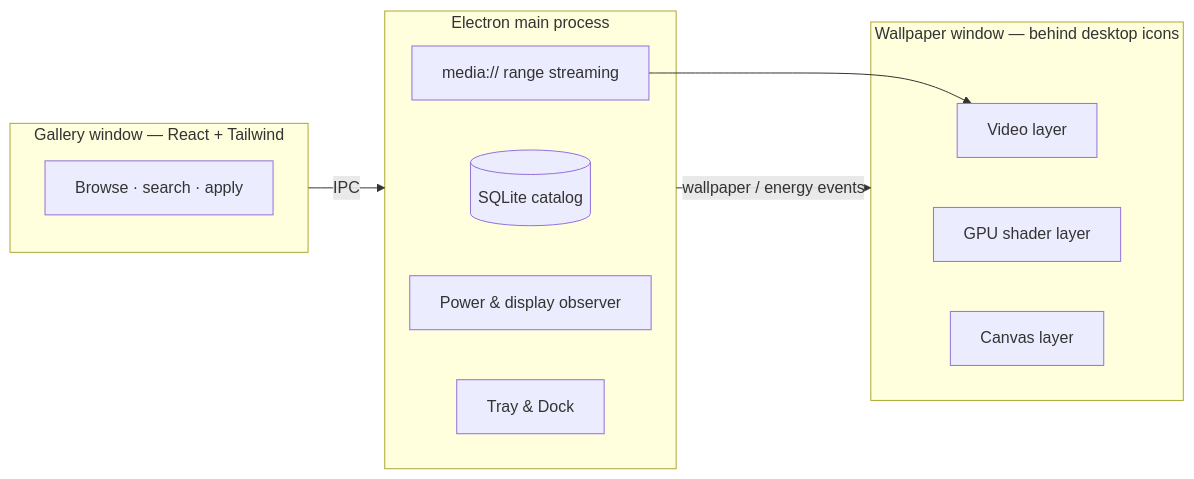
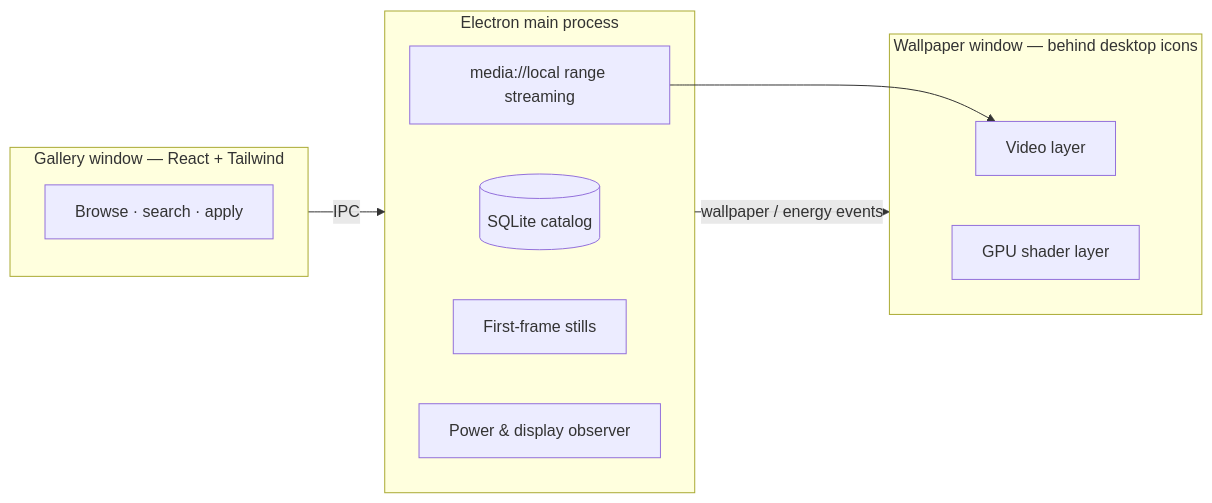
The diagram in README.md (JayDev-27/Vantage), drawn with Mermaid before and after one commit. The commit also changed other lines of this file and 30 other files, not shown here.

First line of the commit message:
feat: v1.3.0 — 2K/4K-only library, first-frame stills, Link Click wallpaper

````diff
--- a/README.md
+++ b/README.md
@@ -172,20 +176,19 @@
 ```mermaid
 flowchart LR
   subgraph Main["Electron main process"]
     DB[(SQLite catalog)]
-    MP["media:// range streaming"]
+    MP["media://local range streaming"]
+    FF[First-frame stills]
     PW[Power &amp; display observer]
-    TR[Tray &amp; Dock]
   end
   subgraph Wall["Wallpaper window — behind desktop icons"]
     V[Video layer]
     S[GPU shader layer]
-    C[Canvas layer]
   end
   subgraph Gal["Gallery window — React + Tailwind"]
     G[Browse · search · apply]
   end
   Gal -- IPC --> Main
   Main -- wallpaper / energy events --> Wall
   MP --> V
 ```
````
